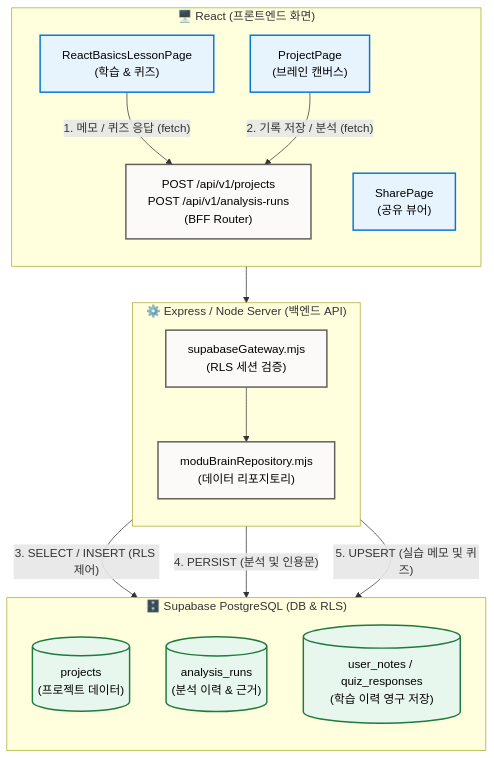
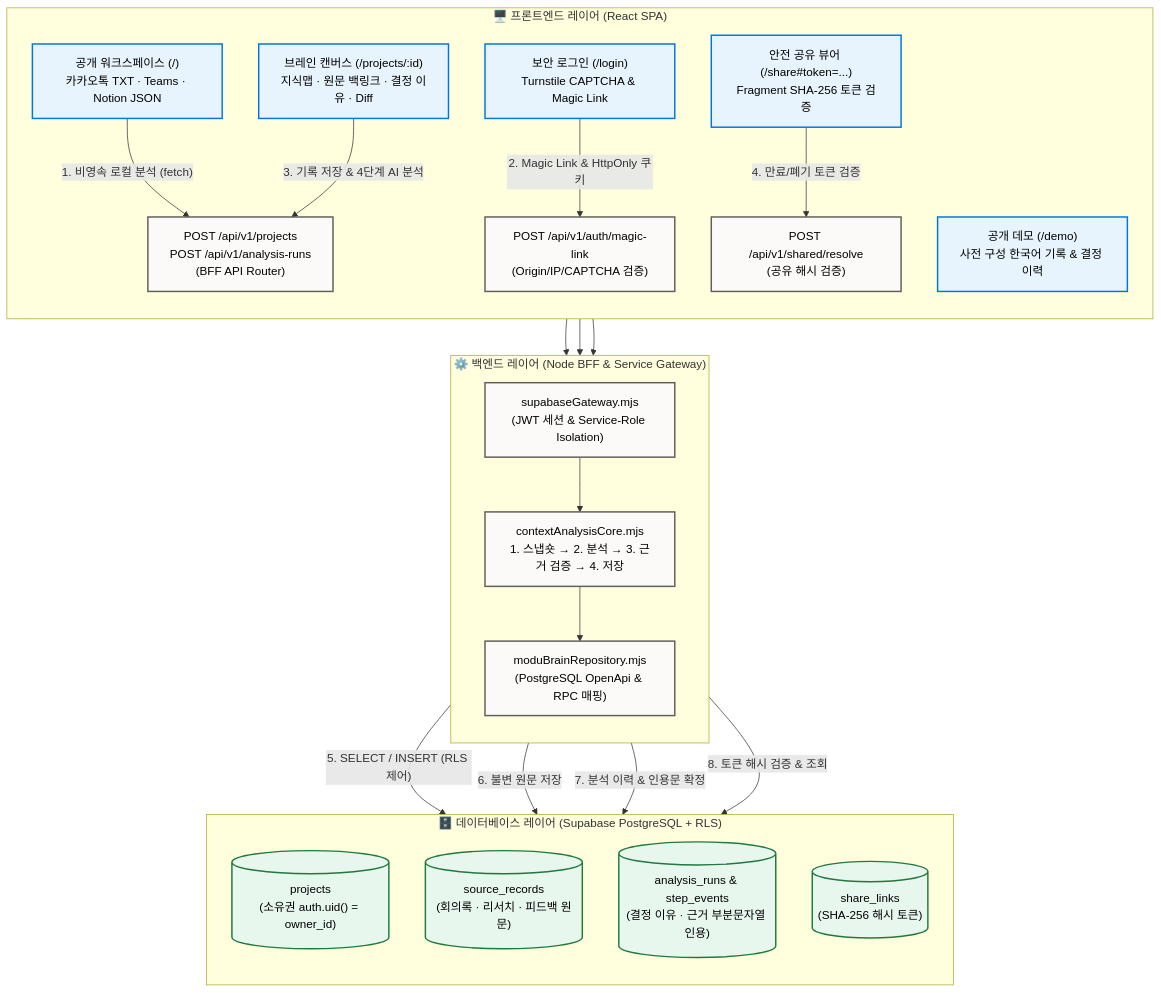
Before and after one commit to Mureung1/hub-showcase: the diagram in README.md, drawn with Mermaid. The commit also changed other lines of this file and 1 other file, not shown here.

Commit message:
docs: update architecture and sequence diagrams for modu-brain-tjwnsdhfz.onrender.com

````diff
--- a/README.md
+++ b/README.md
@@ -9,41 +9,54 @@
 ```mermaid
 flowchart TB
-    subgraph Frontend ["🖥️ React (프론트엔드 화면)"]
+    subgraph Frontend ["🖥️ 프론트엔드 레이어 (React SPA)"]
         direction TB
-        UI_Lesson["ReactBasicsLessonPage\n(학습 & 퀴즈)"]
-        UI_Project["ProjectPage\n(브레인 캔버스)"]
-        UI_Share["SharePage\n(공유 뷰어)"]
-        
-        UI_Lesson -- "1. 메모 / 퀴즈 응답 (fetch)" --> API_V1
-        UI_Project -- "2. 기록 저장 / 분석 (fetch)" --> API_V1
+        UI_Home["공개 워크스페이스 (/)\n카카오톡 TXT · Teams · Notion JSON"]
+        UI_Demo["공개 데모 (/demo)\n사전 구성 한국어 기록 & 결정 이력"]
+        UI_Login["보안 로그인 (/login)\nTurnstile CAPTCHA & Magic Link"]
+        UI_Project["브레인 캔버스 (/projects/:id)\n지식맵 · 원문 백링크 · 결정 이유 · Diff"]
+        UI_Share["안전 공유 뷰어 (/share#token=...)\nFragment SHA-256 토큰 검증"]
+
+        UI_Home -- "1. 비영속 로컬 분석 (fetch)" --> API_V1
+        UI_Login -- "2. Magic Link & HttpOnly 쿠키" --> API_Auth
+        UI_Project -- "3. 기록 저장 & 4단계 AI 분석" --> API_V1
+        UI_Share -- "4. 만료/폐기 토큰 검증" --> API_Share
     end
 
-    subgraph Backend ["⚙️ Express / Node Server (백엔드 API)"]
+    subgraph Backend ["⚙️ 백엔드 레이어 (Node BFF & Service Gateway)"]
         direction TB
-        API_V1["POST /api/v1/projects\nPOST /api/v1/analysis-runs\n(BFF Router)"]
-        Repo["moduBrainRepository.mjs\n(데이터 리포지토리)"]
-        Gateway["supabaseGateway.mjs\n(RLS 세션 검증)"]
+        API_Auth["POST /api/v1/auth/magic-link\n(Origin/IP/CAPTCHA 검증)"]
+        API_V1["POST /api/v1/projects\nPOST /api/v1/analysis-runs\n(BFF API Router)"]
+        API_Share["POST /api/v1/shared/resolve\n(공유 해시 검증)"]
         
+        Core["contextAnalysisCore.mjs\n1. 스냅숏 → 2. 분석 → 3. 근거 검증 → 4. 저장"]
+        Repo["moduBrainRepository.mjs\n(PostgreSQL OpenApi & RPC 매핑)"]
+        Gateway["supabaseGateway.mjs\n(JWT 세션 & Service-Role Isolation)"]
+
         API_V1 --> Gateway
-        Gateway --> Repo
+        API_Auth --> Gateway
+        API_Share --> Gateway
+        Gateway --> Core
+        Core --> Repo
     end
 
-    subgraph Database ["🗄️ Supabase PostgreSQL (DB & RLS)"]
+    subgraph Database ["🗄️ 데이터베이스 레이어 (Supabase PostgreSQL + RLS)"]
         direction TB
-        DB_Projects[("projects\n(프로젝트 데이터)")]
-        DB_Runs[("analysis_runs\n(분석 이력 & 근거)")]
-        DB_Notes[("user_notes / quiz_responses\n(학습 이력 영구 저장)")]
-        
-        Repo -- "3. SELECT / INSERT (RLS 제어)" --> DB_Projects
-        Repo -- "4. PERSIST (분석 및 인용문)" --> DB_Runs
-        Repo -- "5. UPSERT (실습 메모 및 퀴즈)" --> DB_Notes
+        DB_Projects[("projects\n(소유권 auth.uid() = owner_id)")]
+        DB_Sources[("source_records\n(회의록 · 리서치 · 피드백 원문)")]
+        DB_Runs[("analysis_runs & step_events\n(결정 이유 · 근거 부분문자열 인용)")]
+        DB_Shares[("share_links\n(SHA-256 해시 토큰)")]
+
+        Repo -- "5. SELECT / INSERT (RLS 제어)" --> DB_Projects
+        Repo -- "6. 불변 원문 저장" --> DB_Sources
+        Repo -- "7. 분석 이력 & 인용문 확정" --> DB_Runs
+        Repo -- "8. 토큰 해시 검증 & 조회" --> DB_Shares
     end
 
     classDef fe fill:#e8f4fd,stroke:#0075de,stroke-width:2px,color:#000;
     classDef be fill:#fbfaf9,stroke:#615d59,stroke-width:2px,color:#000;
     classDef db fill:#e8f7ee,stroke:#1f7a3f,stroke-width:2px,color:#000;
 
-    class UI_Lesson,UI_Project,UI_Share fe;
-    class API_V1,Repo,Gateway be;
-    class DB_Projects,DB_Runs,DB_Notes db;
+    class UI_Home,UI_Demo,UI_Login,UI_Project,UI_Share fe;
+    class API_Auth,API_V1,API_Share,Core,Repo,Gateway be;
+    class DB_Projects,DB_Sources,DB_Runs,DB_Shares db;
 ```
````
